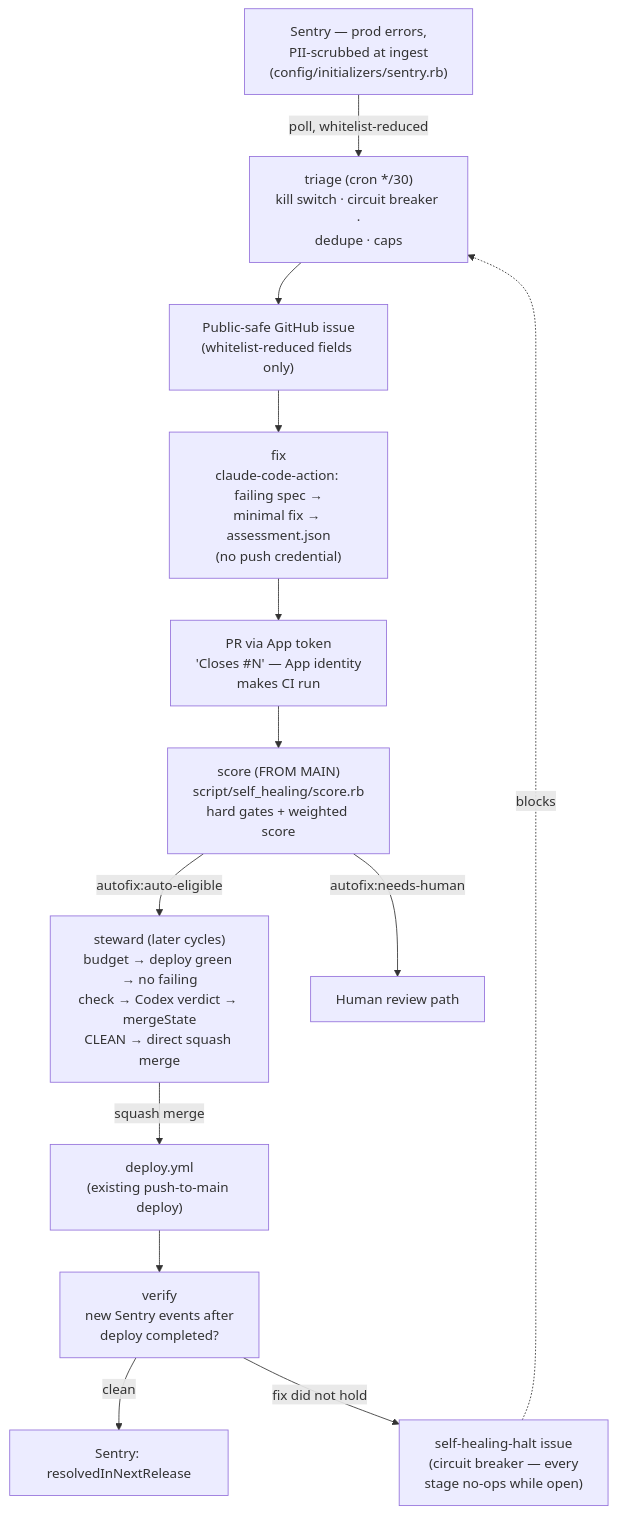
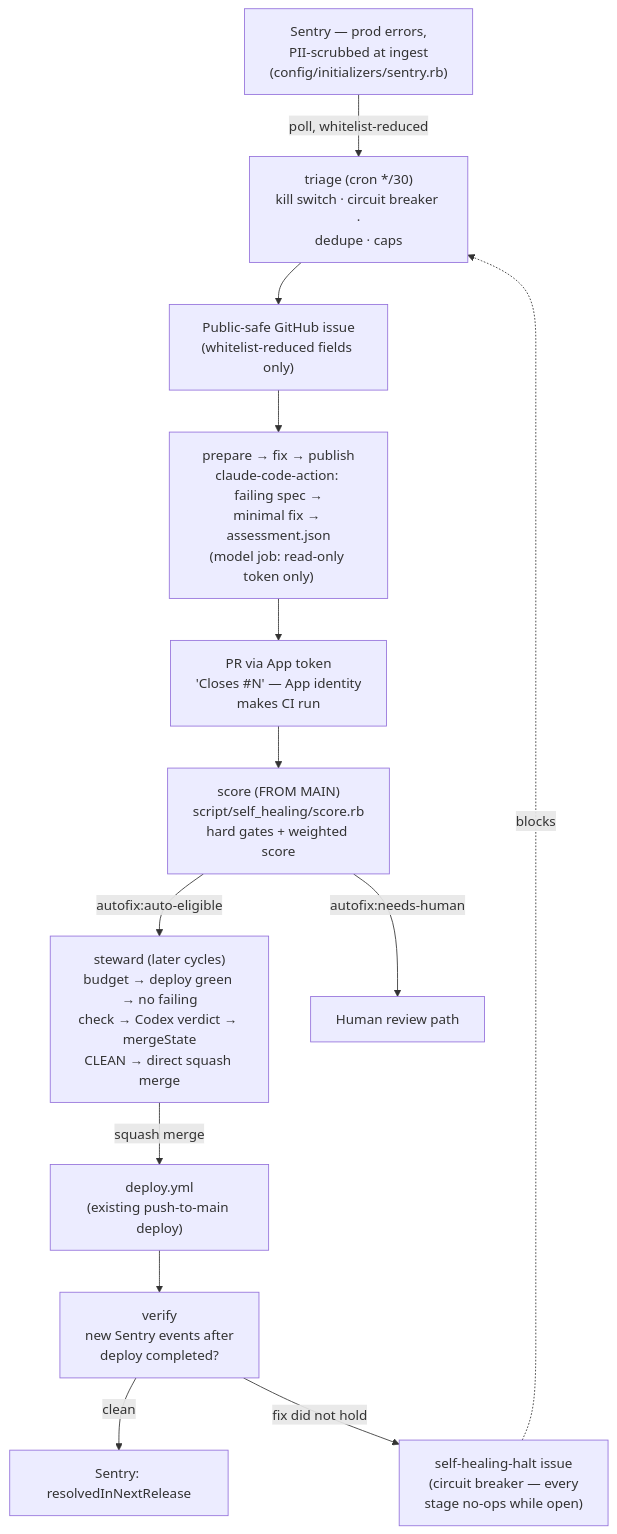
Before and after one commit to joel/move: the first of 2 diagrams in doc/project/self-healing.md, drawn with Mermaid. The commit also changed other lines of this file and 1 other file, not shown here.

First line of the commit message:
Document the self-healing credential boundary

````diff
--- a/doc/project/self-healing.md
+++ b/doc/project/self-healing.md
@@ -46,26 +46,26 @@
 ```mermaid
 flowchart TD
     SENTRY["Sentry — prod errors,<br/>PII-scrubbed at ingest<br/>(config/initializers/sentry.rb)"]
     TRIAGE["triage (cron */30)<br/>kill switch · circuit breaker ·<br/>dedupe · caps"]
     ISSUE["Public-safe GitHub issue<br/>(whitelist-reduced fields only)"]
-    FIX["fix<br/>claude-code-action: failing spec →<br/>minimal fix → assessment.json<br/>(no push credential)"]
+    FIX["prepare → fix → publish<br/>claude-code-action: failing spec →<br/>minimal fix → assessment.json<br/>(model job: read-only token only)"]
     PR["PR via App token<br/>'Closes #N' — App identity<br/>makes CI run"]
     SCORE["score (FROM MAIN)<br/>script/self_healing/score.rb<br/>hard gates + weighted score"]
     STEWARD["steward (later cycles)<br/>budget → deploy green → no failing<br/>check → Codex verdict → mergeState<br/>CLEAN → direct squash merge"]
     DEPLOY["deploy.yml<br/>(existing push-to-main deploy)"]
     VERIFY["verify<br/>new Sentry events after<br/>deploy completed?"]
     HALT["self-healing-halt issue<br/>(circuit breaker — every<br/>stage no-ops while open)"]
 
     SENTRY -->|poll, whitelist-reduced| TRIAGE
     TRIAGE --> ISSUE
     ISSUE --> FIX
     FIX --> PR
     PR --> SCORE
     SCORE -->|autofix:auto-eligible| STEWARD
     SCORE -->|autofix:needs-human| HUMAN["Human review path"]
     STEWARD -->|squash merge| DEPLOY
     DEPLOY --> VERIFY
     VERIFY -->|clean| DONE["Sentry: resolvedInNextRelease"]
     VERIFY -->|fix did not hold| HALT
     HALT -.->|blocks| TRIAGE
 ```
````
